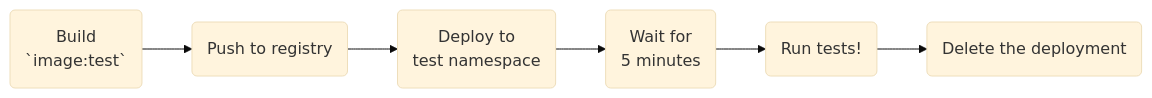
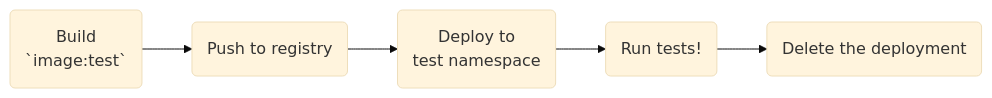
One commit to some-natalie/some-natalie changed the diagram in _posts/2023-10-25-kubernoodles-pt-7.md. Above: the diagram before and after it, drawn with Mermaid (base theme). The commit also changed other lines of this file, not shown here.

````diff
--- a/_posts/2023-10-25-kubernoodles-pt-7.md
+++ b/_posts/2023-10-25-kubernoodles-pt-7.md
@@ -29,8 +26,7 @@
 ```mermaid
 flowchart LR
     A(Build<br>`image:test`) --> B(Push to registry)
     B --> C(Deploy to<br>test namespace)
-    C --> D(Wait for<br>5 minutes)
-    D --> E(Run tests!)
-    E --> F(Delete the deployment)
+    C --> D(Run tests!)
+    D --> E(Delete the deployment)
 ```
````
